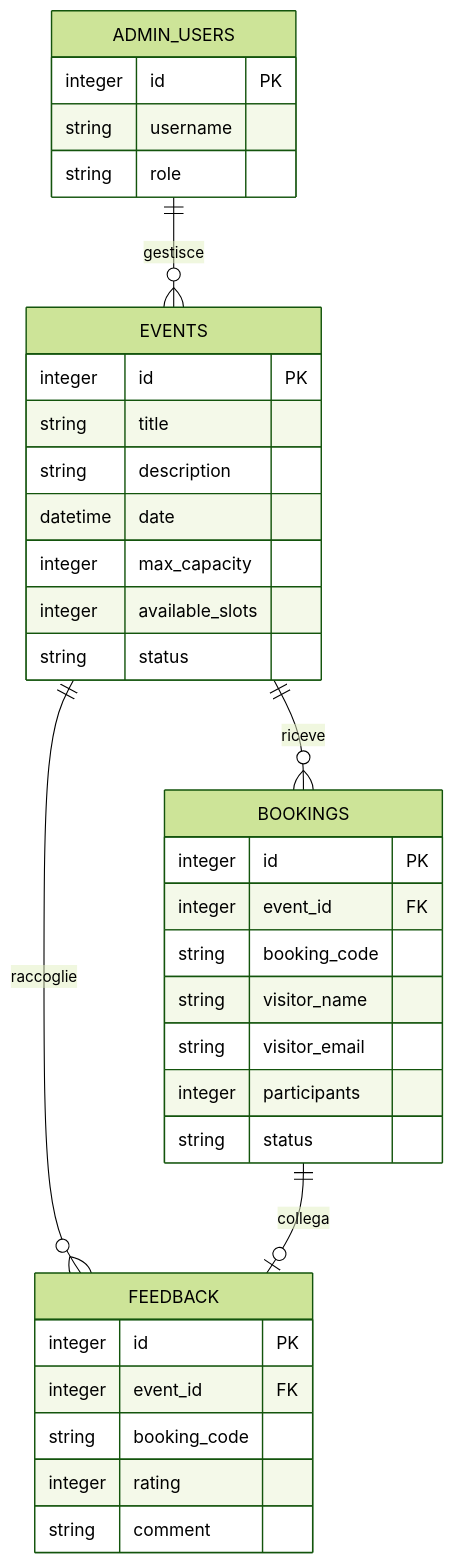
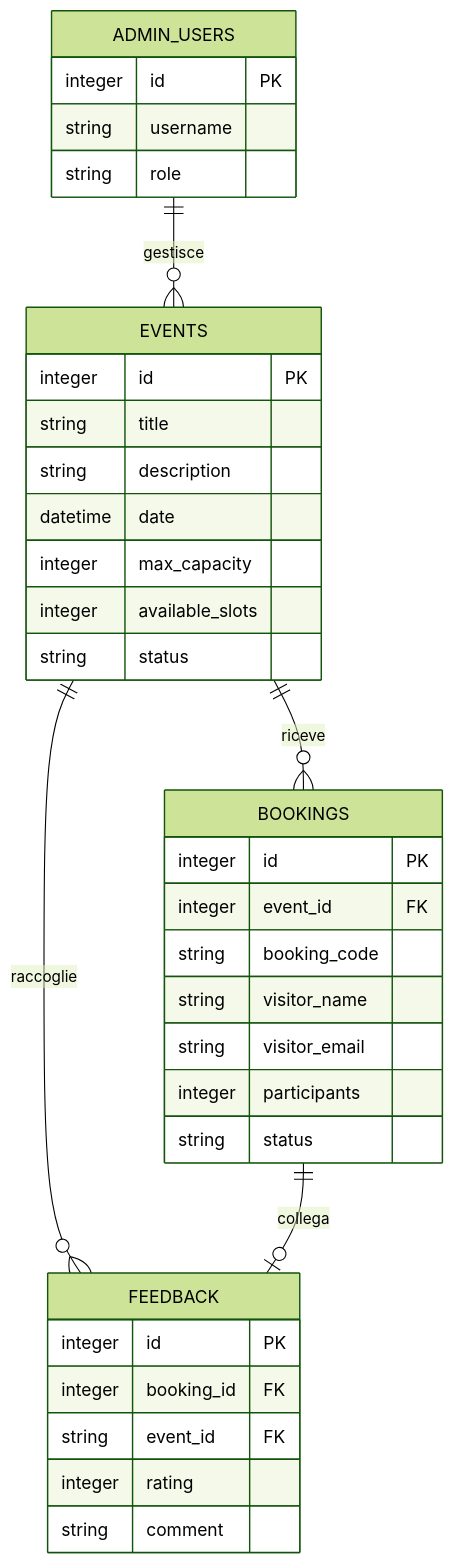
The diagram in docs/diagrams/modello-dati.md (RobertoCastelli/museo-hub), drawn with Mermaid (forest theme) before and after one commit. The commit also changed 7 other files, not shown here.

Commit message:
Update docs/*.md & diagrams v.2

````diff
--- a/docs/diagrams/modello-dati.md
+++ b/docs/diagrams/modello-dati.md
@@ -8,41 +8,41 @@
 ```mermaid
 erDiagram
     EVENTS ||--o{ BOOKINGS : riceve
     EVENTS ||--o{ FEEDBACK : raccoglie
     BOOKINGS ||--o| FEEDBACK : collega
     ADMIN_USERS ||--o{ EVENTS : gestisce
 
     EVENTS {
         integer id PK
         string title
         string description
         datetime date
         integer max_capacity
         integer available_slots
         string status
     }
 
     BOOKINGS {
         integer id PK
         integer event_id FK
         string booking_code
         string visitor_name
         string visitor_email
         integer participants
         string status
     }
 
     FEEDBACK {
         integer id PK
-        integer event_id FK
-        string booking_code
+        integer booking_id FK
+        string event_id FK
         integer rating
         string comment
     }
 
     ADMIN_USERS {
         integer id PK
         string username
         string role
     }
 ```
````
